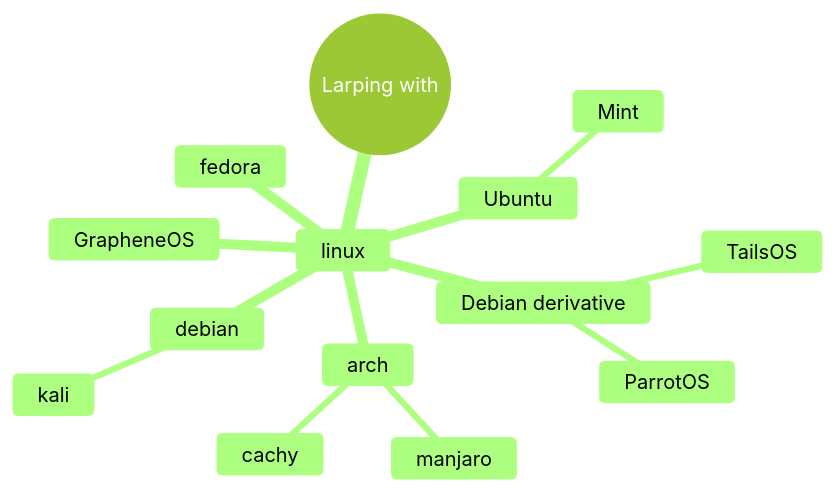
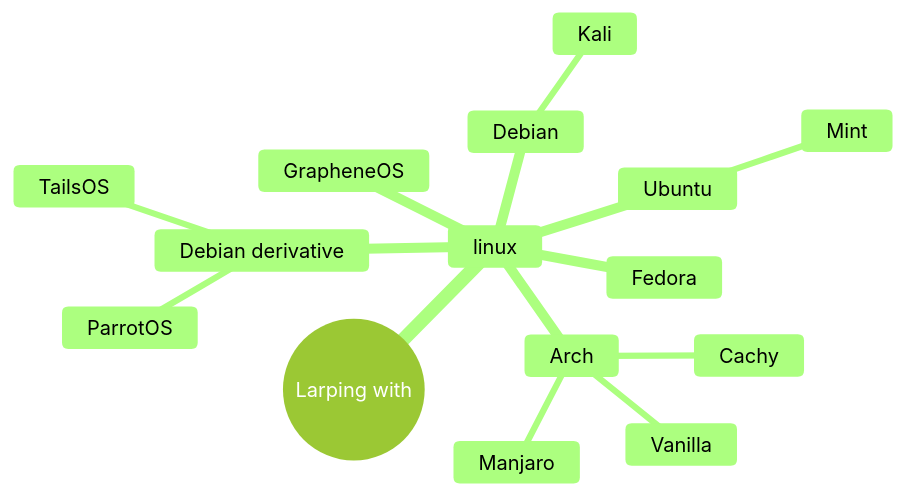
Before and after one commit to Chintanpatel24/Chintanpatel24: the diagram in README.md, drawn with Mermaid (forest theme).

````diff
--- a/README.md
+++ b/README.md
@@ -4,18 +4,19 @@
 ```mermaid
 mindmap
   root((Larping with))
    linux
     GrapheneOS
-    arch
-      cachy
-      manjaro
-    debian
-      kali
+    Arch
+      Vanilla
+      Cachy
+      Manjaro
+    Debian
+      Kali
     Ubuntu
       Mint
-    fedora
+    Fedora
     Debian derivative
       ParrotOS
       TailsOS
       
 ```
````
